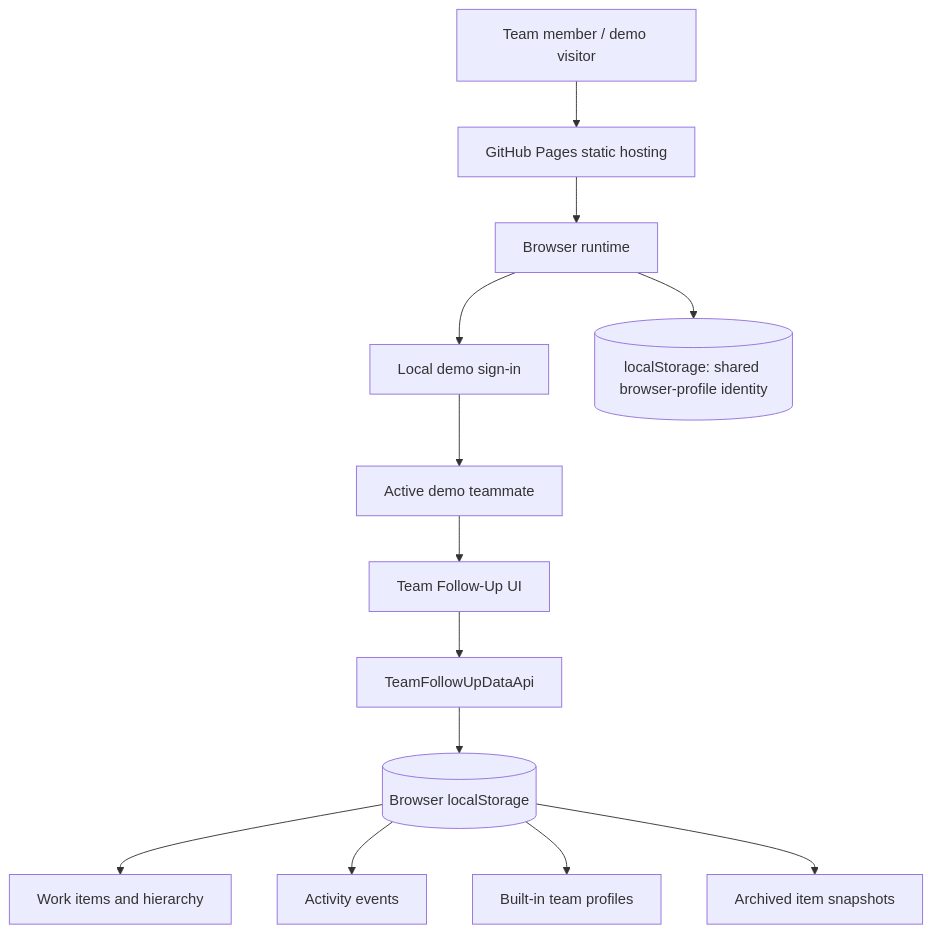
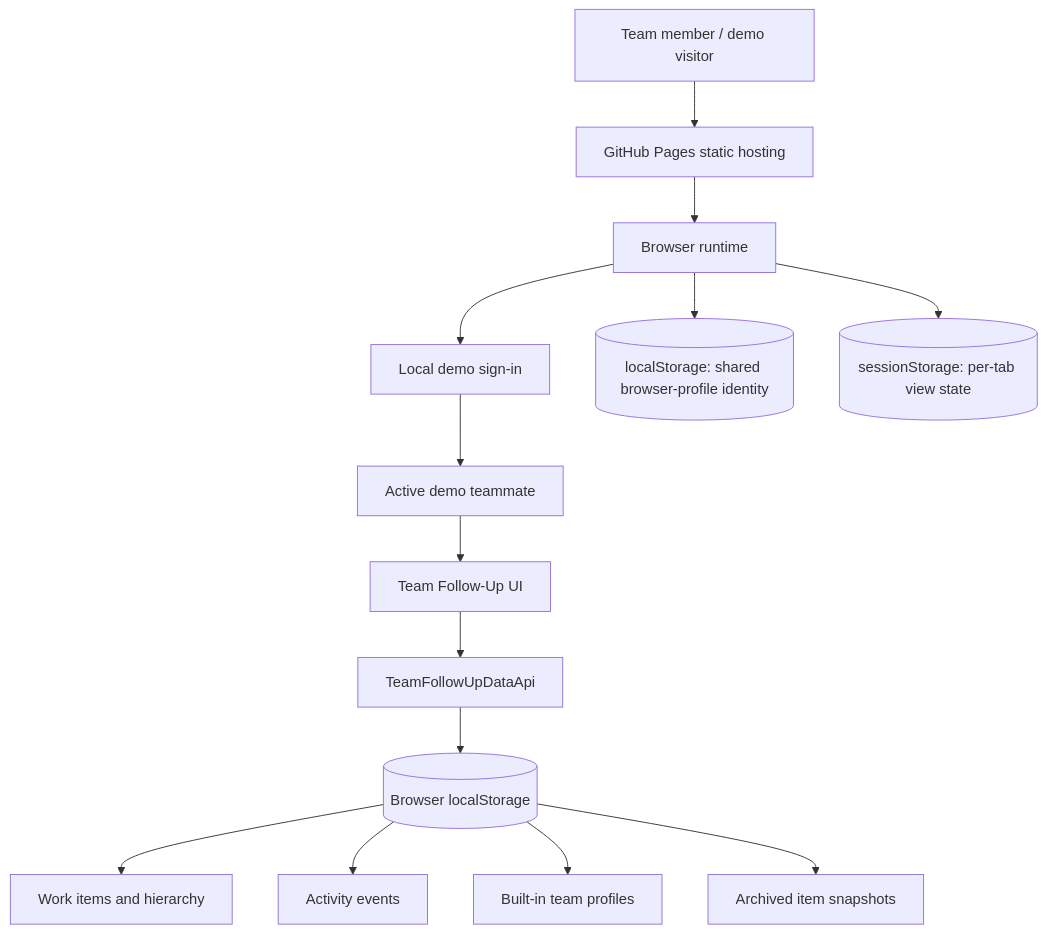
Before and after one commit to retzed/Team_Follow-Up: the first of 2 diagrams in docs/ARCHITECTURE.md, drawn with Mermaid. The commit also changed other lines of this file, not shown here.

Commit message:
Clarify browser identity and per-tab state boundaries in demo architecture

````diff
--- a/docs/ARCHITECTURE.md
+++ b/docs/ARCHITECTURE.md
@@ -11,15 +11,16 @@
 ```mermaid
 flowchart TD
     Visitor[Team member / demo visitor] --> Pages[GitHub Pages static hosting]
     Pages --> Browser[Browser runtime]
     Browser --> SignIn[Local demo sign-in]
     SignIn --> Context[Active demo teammate]
     Context --> UI[Team Follow-Up UI]
     UI --> Adapter[TeamFollowUpDataApi]
     Adapter --> LocalStore[(Browser localStorage)]
     Browser --> BrowserSession[(localStorage: shared browser-profile identity)]
+    Browser --> TabView[(sessionStorage: per-tab view state)]
     LocalStore --> Items[Work items and hierarchy]
     LocalStore --> Activity[Activity events]
     LocalStore --> Profiles[Built-in team profiles]
     LocalStore --> Archive[Archived item snapshots]
 ```
````
